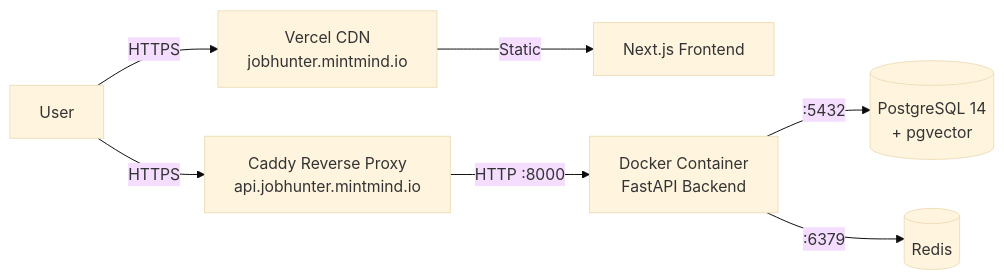
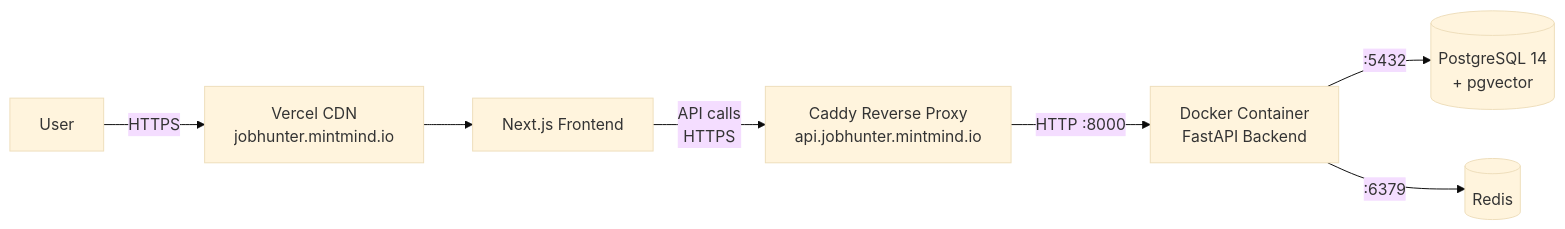
The diagram in docs/deployment.md (0xMoat/job-hunter-agent), drawn with Mermaid (base theme) before and after one commit.

Commit message:
docs: fix architecture diagram to show correct request flow
User → Vercel → Next.js → API → Caddy → Docker → DB

````diff
--- a/docs/deployment.md
+++ b/docs/deployment.md
@@ -5,9 +5,9 @@
 ```mermaid
 graph LR
     User -->|HTTPS| Vercel[Vercel CDN<br/>jobhunter.mintmind.io]
-    Vercel -->|Static| Next[Next.js Frontend]
-    User -->|HTTPS| Caddy[Caddy Reverse Proxy<br/>api.jobhunter.mintmind.io]
+    Vercel --> Next[Next.js Frontend]
+    Next -->|API calls<br/>HTTPS| Caddy[Caddy Reverse Proxy<br/>api.jobhunter.mintmind.io]
     Caddy -->|HTTP :8000| Docker[Docker Container<br/>FastAPI Backend]
     Docker -->|:5432| PG[(PostgreSQL 14<br/>+ pgvector)]
     Docker -->|:6379| Redis[(Redis)]
 ```
````
